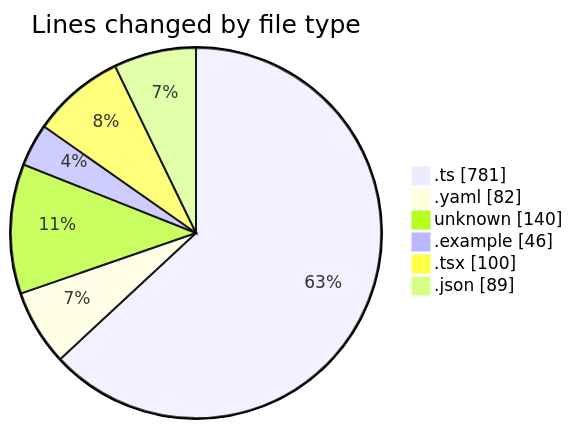
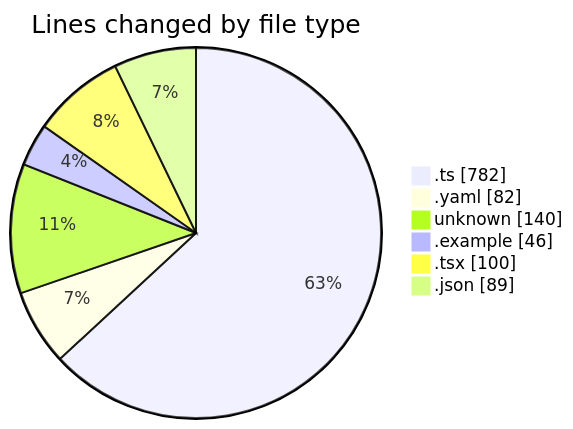
The first of 2 diagrams in 2025-10-01/open-health/README.md (mevix1/code-tracking), drawn with Mermaid before and after one commit. The commit also changed other lines of this file and 1 other file, not shown here.

````diff
--- a/2025-10-01/open-health/README.md
+++ b/2025-10-01/open-health/README.md
@@ -30,10 +30,10 @@
 ```mermaid
 pie showData
 title Lines changed by file type
-".ts" : 781
+".ts" : 782
 ".yaml" : 82
 "unknown" : 140
 ".example" : 46
 ".tsx" : 100
 ".json" : 89
 ```
````
